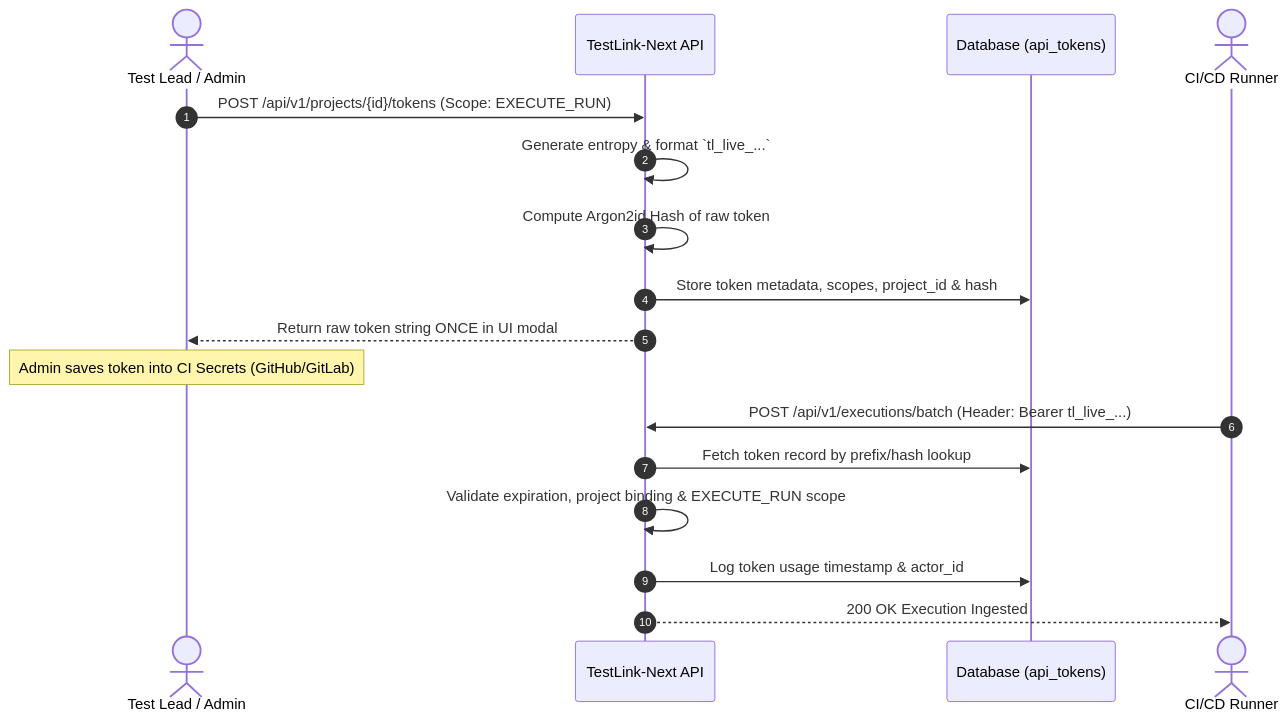
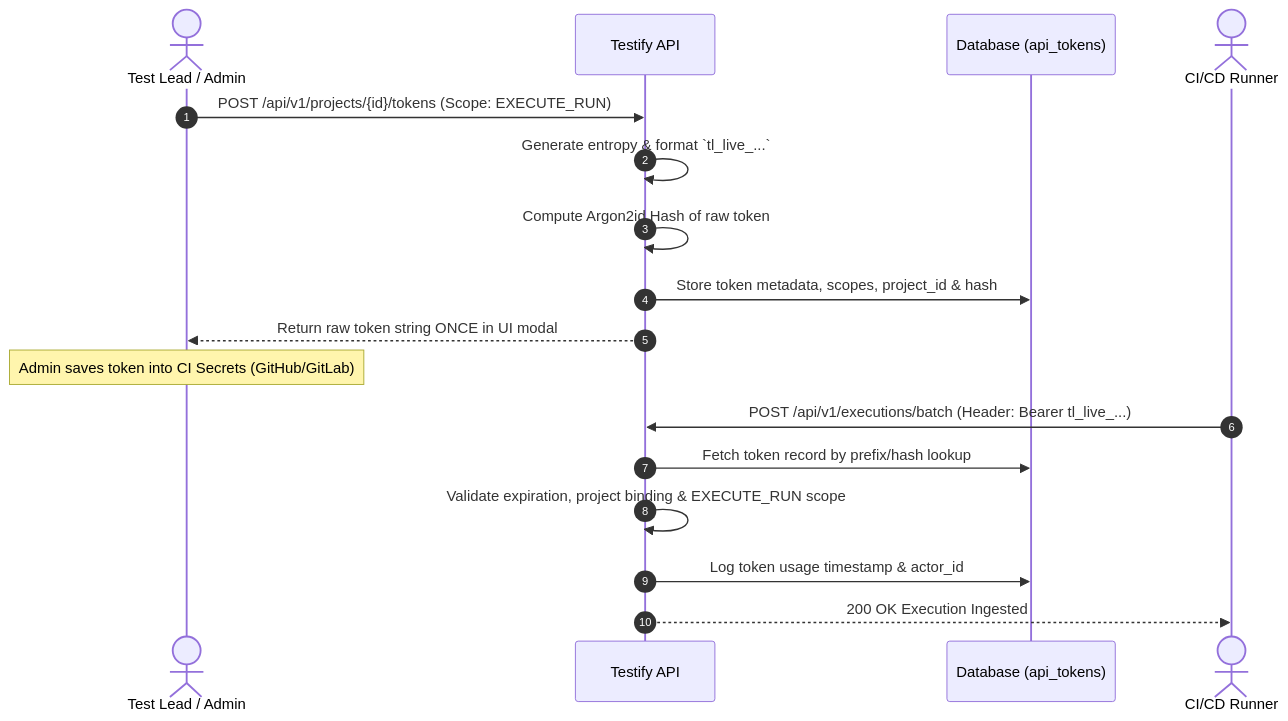
The second of 4 diagrams in docs/rfc_04_rbac_security_matrix.md (ElliotNewtonMiller/Testify), drawn with Mermaid before and after one commit. The commit also changed other lines of this file and 30 other files, not shown here.

````diff
--- a/docs/rfc_04_rbac_security_matrix.md
+++ b/docs/rfc_04_rbac_security_matrix.md
@@ -158,21 +158,21 @@
 ```mermaid
 sequenceDiagram
     autonumber
     actor Admin as Test Lead / Admin
-    participant System as TestLink-Next API
+    participant System as Testify API
     participant DB as Database (api_tokens)
     actor Runner as CI/CD Runner
 
     Admin->>System: POST /api/v1/projects/{id}/tokens (Scope: EXECUTE_RUN)
     System->>System: Generate entropy & format `tl_live_...`
     System->>System: Compute Argon2id Hash of raw token
     System->>DB: Store token metadata, scopes, project_id & hash
     System-->>Admin: Return raw token string ONCE in UI modal
     Note over Admin: Admin saves token into CI Secrets (GitHub/GitLab)
 
     Runner->>System: POST /api/v1/executions/batch (Header: Bearer tl_live_...)
     System->>DB: Fetch token record by prefix/hash lookup
     System->>System: Validate expiration, project binding & EXECUTE_RUN scope
     System->>DB: Log token usage timestamp & actor_id
     System-->>Runner: 200 OK Execution Ingested
 ```
````
